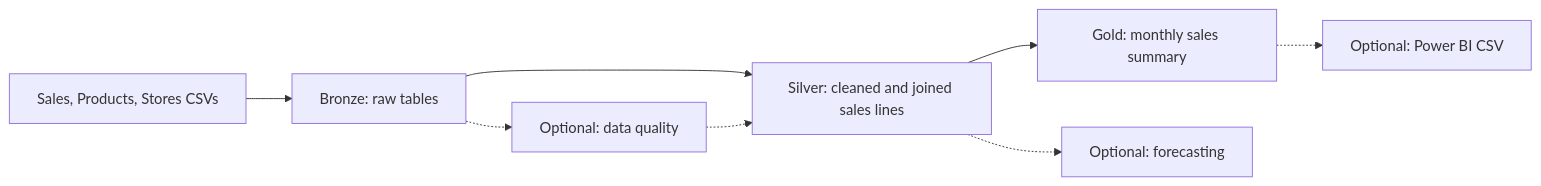
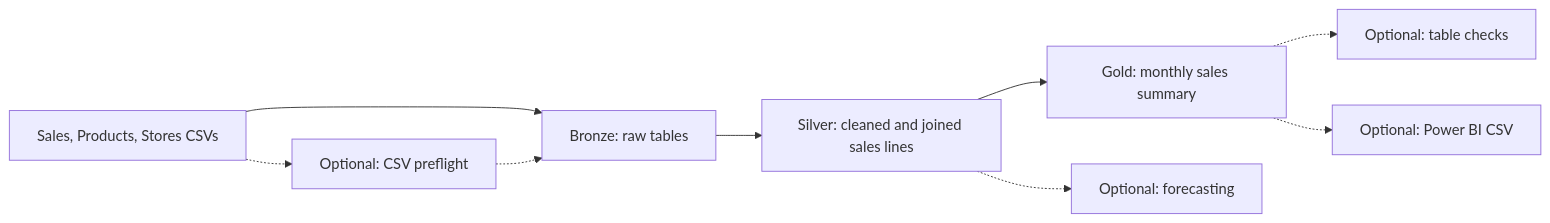
One commit to amrlasyraf/build-with-data changed the diagram in support/DATA_MODEL.md. Above: the diagram before and after it, drawn with Mermaid. The commit also changed other lines of this file and 8 other files, not shown here.

Commit message:
Prevent silent Gold data loss and clarify quality checks

````diff
--- a/support/DATA_MODEL.md
+++ b/support/DATA_MODEL.md
@@ -16,10 +16,11 @@
 ```mermaid
 flowchart LR
     Sources["Sales, Products, Stores CSVs"] --> Bronze["Bronze: raw tables"]
     Bronze --> Silver["Silver: cleaned and joined sales lines"]
     Silver --> Gold["Gold: monthly sales summary"]
-    Bronze -.-> DQ["Optional: data quality"]
-    DQ -.-> Silver
+    Sources -.-> Preflight["Optional: CSV preflight"]
+    Preflight -.-> Bronze
+    Gold -.-> TableDQ["Optional: table checks"]
     Silver -.-> Forecast["Optional: forecasting"]
     Gold -.-> PowerBI["Optional: Power BI CSV"]
 ```
````
